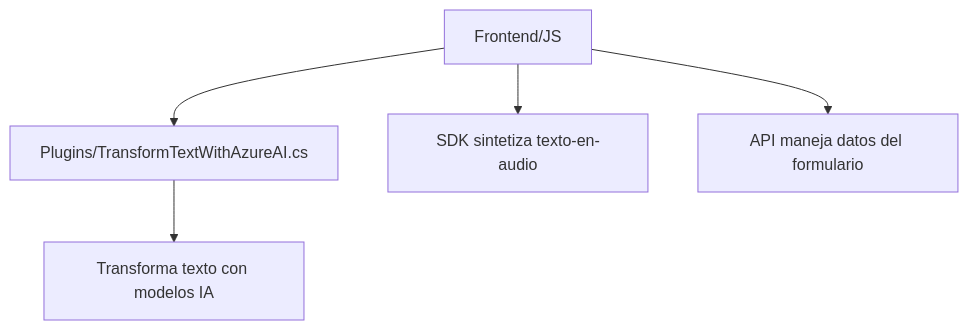
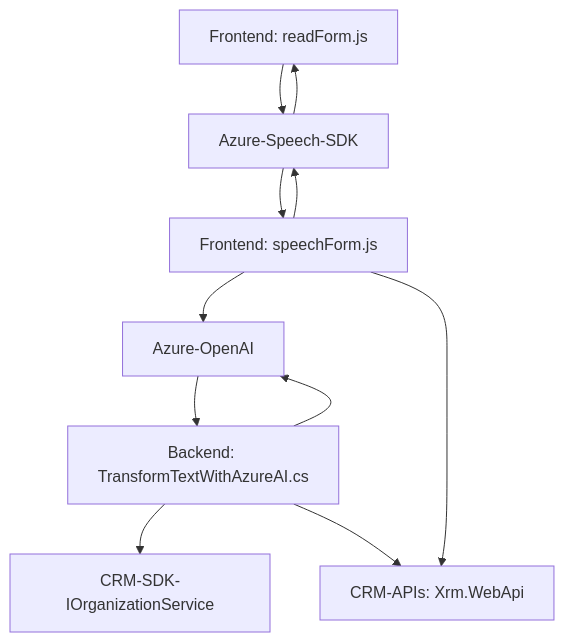
Before and after one commit to blopezdm/NETCORE_BILBAO2025: the diagram in README.md, drawn with Mermaid. The commit also changed other lines of this file, not shown here.

Commit message:
Actualizar análisis global de la solución con IA

````diff
--- a/README.md
+++ b/README.md
@@ -55,17 +40,21 @@
 ```mermaid
 graph TD
-    A["Frontend/JS"]
-    B["Plugins/TransformTextWithAzureAI.cs"]
-    C["Azure Speech SDK"]
-    D["Custom API (Dynamics 365)"]
-    E["Azure OpenAI API"]
-
-    A --> C
-    A --> D
-    A --> B
+    A["Frontend: readForm.js"]
+    B["Frontend: speechForm.js"]
+    J["Azure-Speech-SDK"]
+    K["Azure-OpenAI"]
+    C["Backend: TransformTextWithAzureAI.cs"]
+    D["CRM-SDK-IOrganizationService"]
+    E["CRM-APIs: Xrm.WebApi"]
+   
+    A --> J
+    B --> J
+    B --> K
     B --> E
-
-    C["SDK sintetiza texto-en-audio"]
-    D["API maneja datos del formulario"]
-    E["Transforma texto con modelos IA"]
+    C --> K
+    C --> D
+    C --> E
+    J --> A
+    J --> B
+    K --> C
 ```
````
